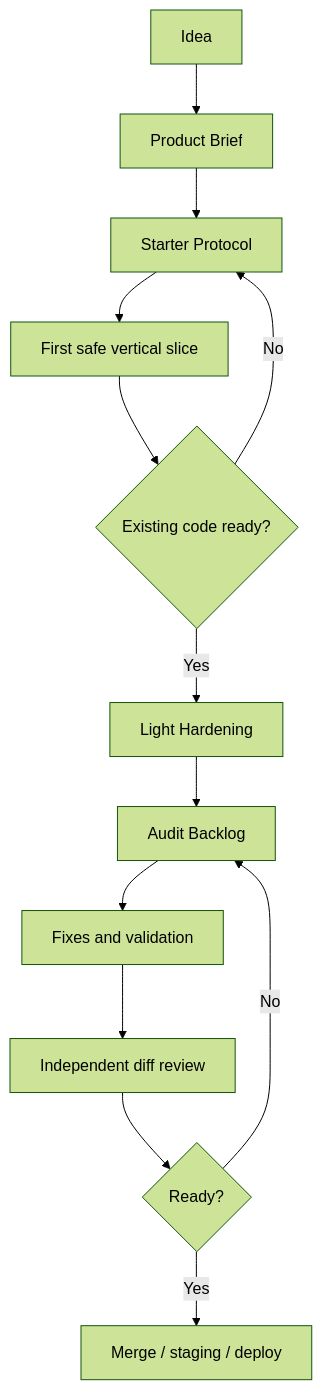
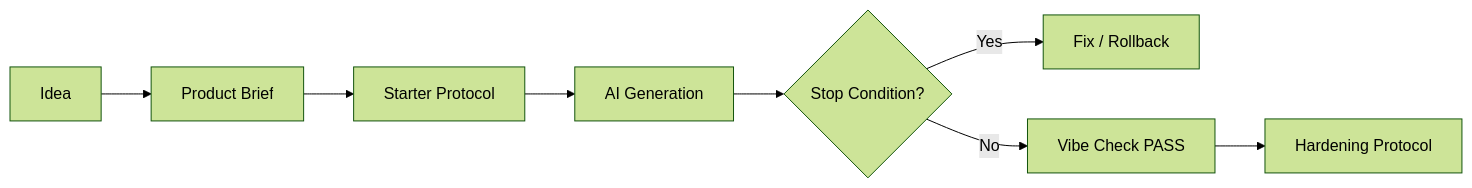
One commit to Gudvin82/vibe-coding-protocols changed the first of 2 diagrams in README.md. Above: the diagram before and after it, drawn with Mermaid (forest theme). The commit also changed other lines of this file and 12 other files, not shown here.

````diff
--- a/README.md
+++ b/README.md
@@ -273,15 +381,10 @@
 ```mermaid
-flowchart TD
+flowchart LR
     A[Idea] --> B[Product Brief]
     B --> C[Starter Protocol]
-    C --> D[First safe vertical slice]
-    D --> E{Existing code ready?}
-    E -->|No| C
-    E -->|Yes| F[Light Hardening]
-    F --> G[Audit Backlog]
-    G --> H[Fixes and validation]
-    H --> I[Independent diff review]
-    I --> J{Ready?}
-    J -->|No| G
-    J -->|Yes| K[Merge / staging / deploy]
+    C --> D[AI Generation]
+    D --> E{Stop Condition?}
+    E -->|Yes| F[Fix / Rollback]
+    E -->|No| G[Vibe Check PASS]
+    G --> H[Hardening Protocol]
 ```
````
